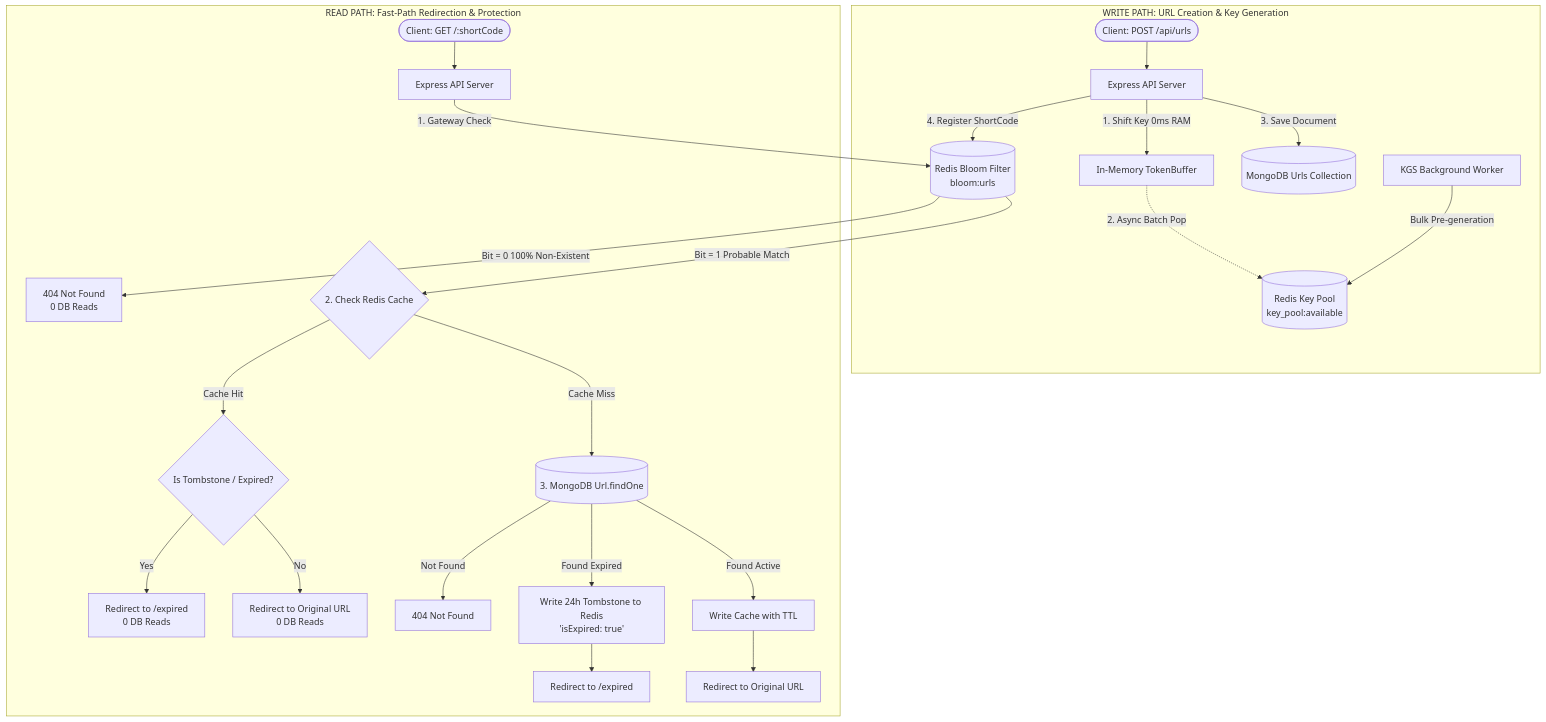
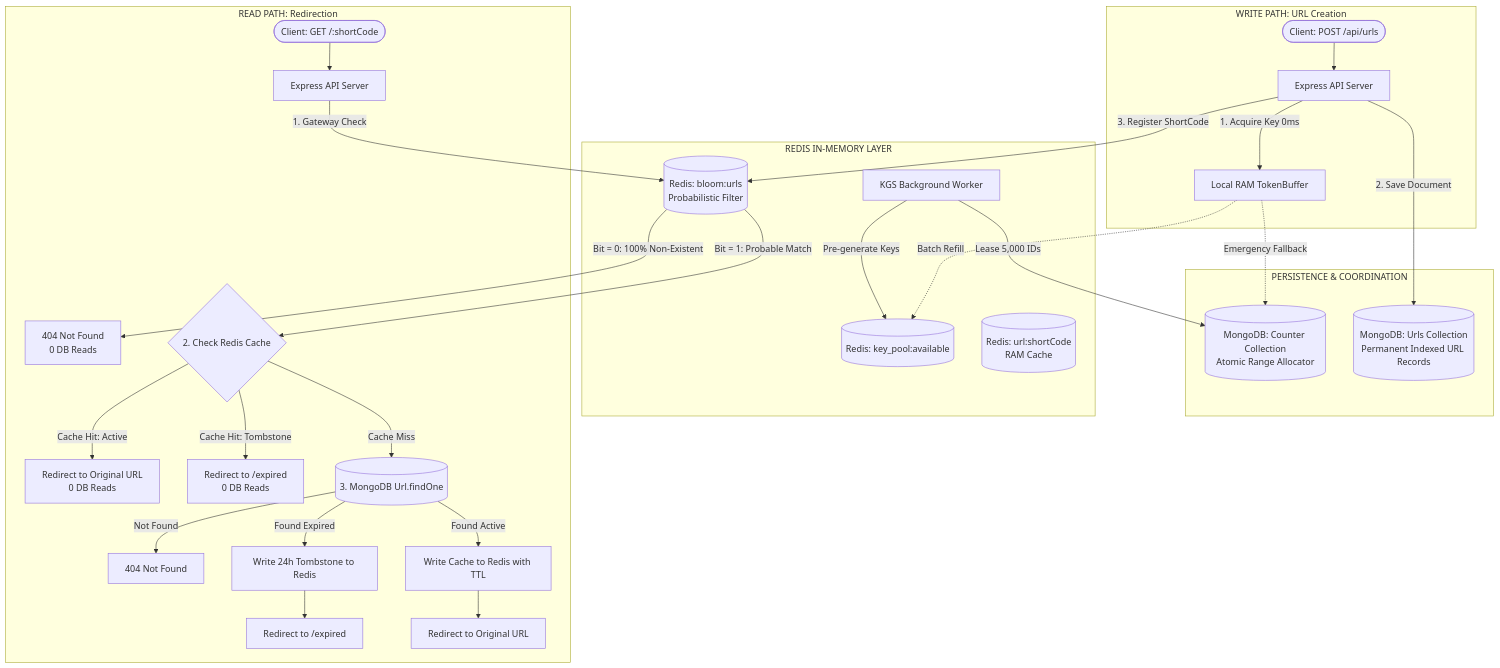
The diagram in README.md (Saumyaketu/Distributed-URL-Shortener), drawn with Mermaid before and after one commit. The commit also changed other lines of this file and 5 other files, not shown here.

Commit message:
feat: Refactor caching strategy by removing MongoDB Cache model, implement in-memory fallback for rate limiting, and enhance Redis integration

````diff
--- a/README.md
+++ b/README.md
@@ -46,28 +48,39 @@
 ```mermaid
 flowchart TD
-    subgraph WRITE_PATH ["WRITE PATH: URL Creation & Key Generation"]
-        ClientWrite([Client: POST /api/urls]) --> ExpressWrite[Express API Server]
-        ExpressWrite -->|1. Shift Key 0ms RAM| TokenBuffer[In-Memory TokenBuffer]
-        TokenBuffer -.->|2. Async Batch Pop| RedisPool[(Redis Key Pool\nkey_pool:available)]
-        KGSWorker[KGS Background Worker] -->|Bulk Pre-generation| RedisPool
-        ExpressWrite -->|3. Save Document| MongoWrite[(MongoDB Urls Collection)]
-        ExpressWrite -->|4. Register ShortCode| BloomFilter[(Redis Bloom Filter\nbloom:urls)]
+    subgraph STORAGE ["PERSISTENCE & COORDINATION"]
+        MongoCounter[(MongoDB: Counter Collection\nAtomic Range Allocator)]
+        MongoUrl[(MongoDB: Urls Collection\nPermanent Indexed URL Records)]
     end
 
-    subgraph READ_PATH ["READ PATH: Fast-Path Redirection & Protection"]
+    subgraph CACHE ["REDIS IN-MEMORY LAYER"]
+        KGSWorker[KGS Background Worker] -->|Lease 5,000 IDs| MongoCounter
+        KGSWorker -->|Pre-generate Keys| RedisPool[(Redis: key_pool:available)]
+        BloomFilter[(Redis: bloom:urls\nProbabilistic Filter)]
+        RedisCache[(Redis: url:shortCode\nRAM Cache)]
+    end
+
+    subgraph WRITE_PATH ["WRITE PATH: URL Creation"]
+        ClientWrite([Client: POST /api/urls]) --> ExpressWrite[Express API Server]
+        ExpressWrite -->|1. Acquire Key 0ms| TokenBuffer[Local RAM TokenBuffer]
+        TokenBuffer -.->|Batch Refill| RedisPool
+        TokenBuffer -.->|Emergency Fallback| MongoCounter
+        ExpressWrite -->|2. Save Document| MongoUrl
+        ExpressWrite -->|3. Register ShortCode| BloomFilter
+    end
+
+    subgraph READ_PATH ["READ PATH: Redirection"]
         ClientRead([Client: GET /:shortCode]) --> ExpressRead[Express API Server]
         ExpressRead -->|1. Gateway Check| BloomFilter
         
-        BloomFilter -->|Bit = 0 100% Non-Existent| Fast404[404 Not Found\n 0 DB Reads]
-        BloomFilter -->|Bit = 1 Probable Match| CacheCheck{2. Check Redis Cache}
+        BloomFilter -->|Bit = 0: 100% Non-Existent| Fast404[404 Not Found\n0 DB Reads]
+        BloomFilter -->|Bit = 1: Probable Match| CacheCheck{2. Check Redis Cache}
         
-        CacheCheck -->|Cache Hit| TombstoneCheck{Is Tombstone / Expired?}
-        TombstoneCheck -->|Yes| ExpiredPage1[Redirect to /expired\n 0 DB Reads]
-        TombstoneCheck -->|No| SuccessRedirect1[Redirect to Original URL\n 0 DB Reads]
+        CacheCheck -->|Cache Hit: Active| SuccessRedirect1[Redirect to Original URL\n0 DB Reads]
+        CacheCheck -->|Cache Hit: Tombstone| ExpiredPage1[Redirect to /expired\n0 DB Reads]
         
         CacheCheck -->|Cache Miss| MongoRead[(3. MongoDB Url.findOne)]
         MongoRead -->|Not Found| Normal404[404 Not Found]
-        MongoRead -->|Found Expired| SetTombstone[Write 24h Tombstone to Redis\n'isExpired: true'] --> ExpiredPage2[Redirect to /expired]
-        MongoRead -->|Found Active| SetCache[Write Cache with TTL] --> SuccessRedirect2[Redirect to Original URL]
+        MongoRead -->|Found Expired| SetTombstone[Write 24h Tombstone to Redis] --> ExpiredPage2[Redirect to /expired]
+        MongoRead -->|Found Active| SetCache[Write Cache to Redis with TTL] --> SuccessRedirect2[Redirect to Original URL]
     end
 ```
````
